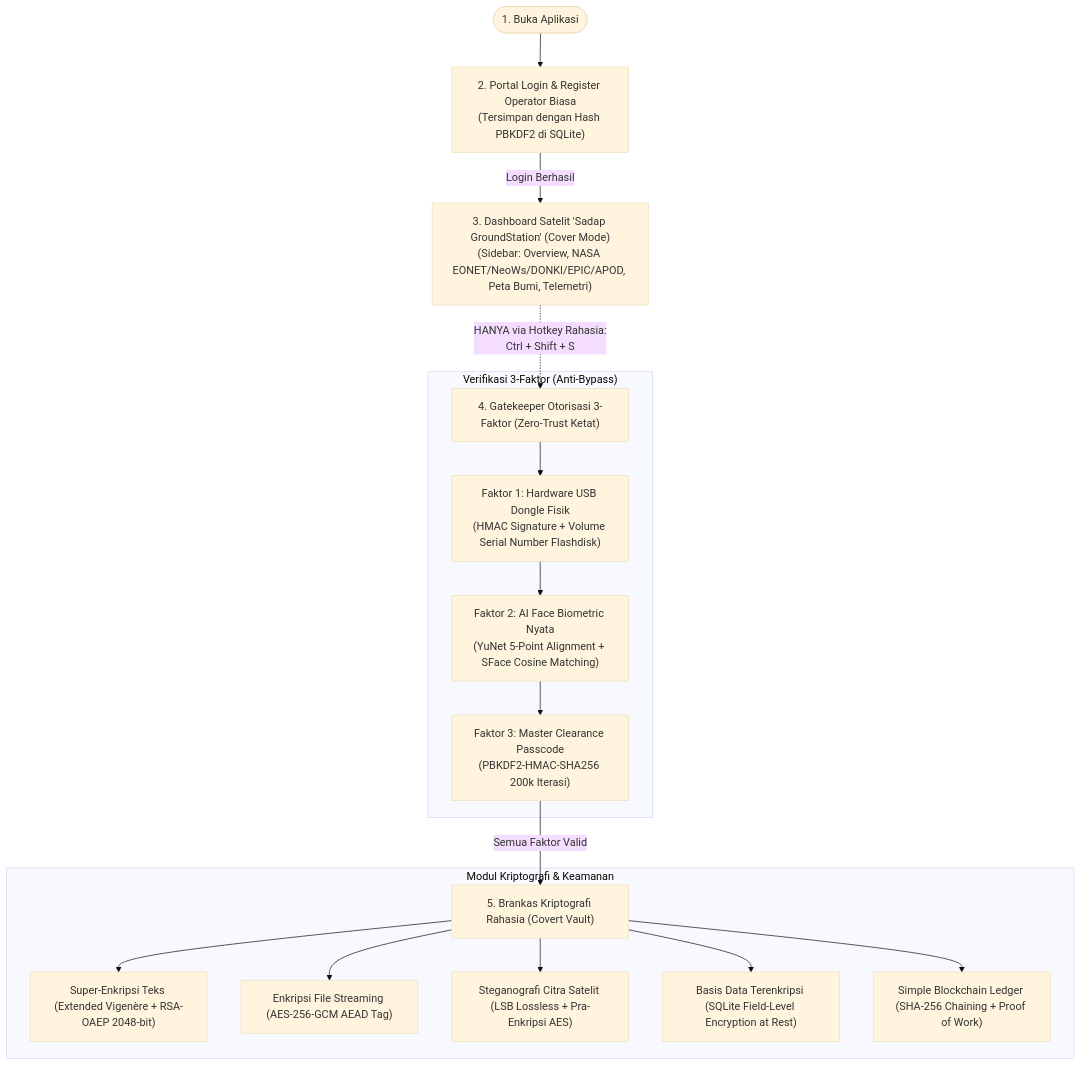
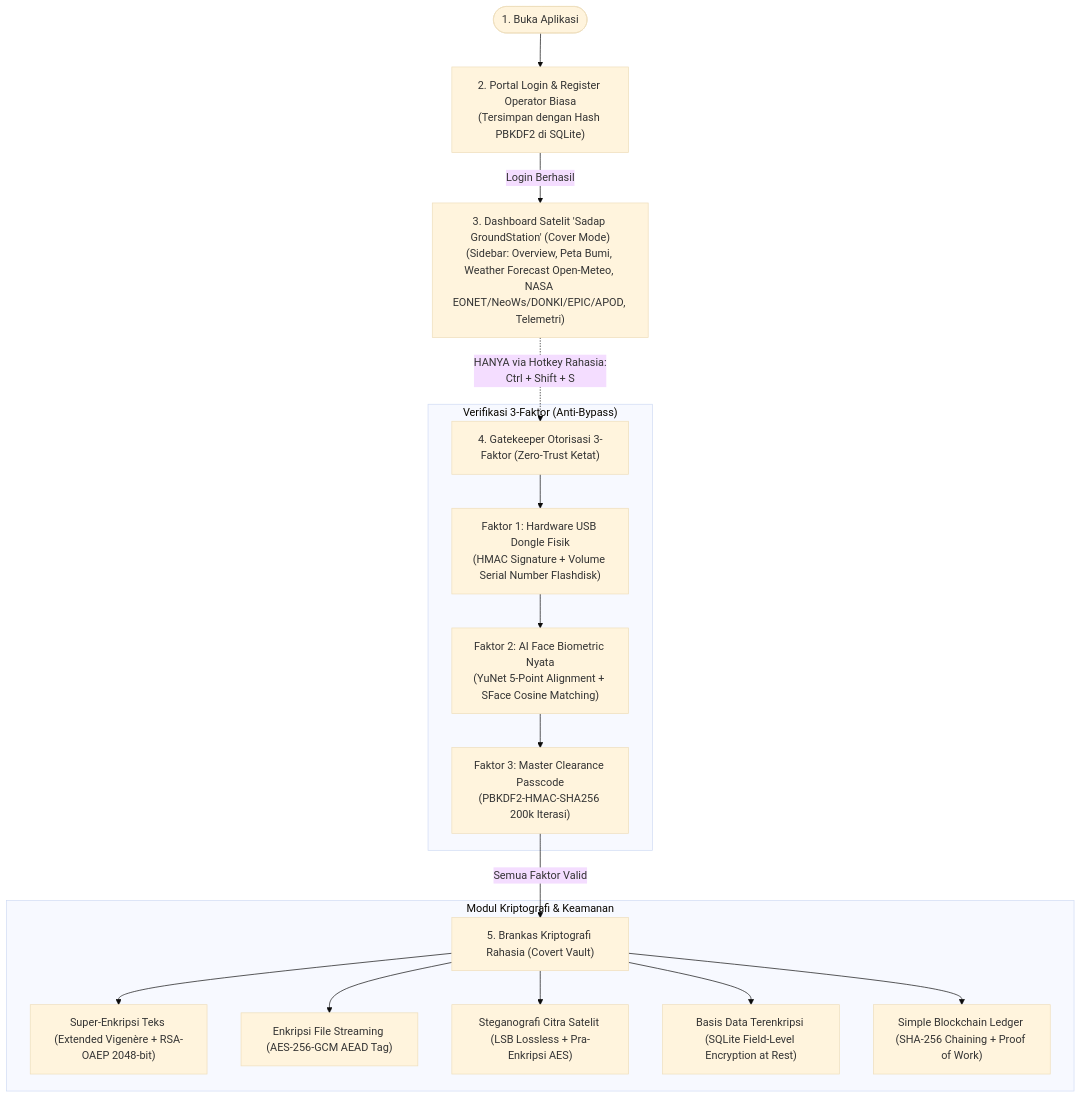
The diagram in README.md (ReinnentRZ/Sadap_Crypto_App), drawn with Mermaid (base theme) before and after one commit. The commit also changed other lines of this file and 13 other files, not shown here.

````diff
--- a/README.md
+++ b/README.md
@@ -15,23 +15,23 @@
 ```mermaid
 flowchart TD
     Start([1. Buka Aplikasi]) --> Portal["2. Portal Login & Register Operator Biasa\n(Tersimpan dengan Hash PBKDF2 di SQLite)"]
-    Portal -->|Login Berhasil| Cover["3. Dashboard Satelit 'Sadap GroundStation' (Cover Mode)\n(Sidebar: Overview, NASA EONET/NeoWs/DONKI/EPIC/APOD, Peta Bumi, Telemetri)"]
+    Portal -->|Login Berhasil| Cover["3. Dashboard Satelit 'Sadap GroundStation' (Cover Mode)\n(Sidebar: Overview, Peta Bumi, Weather Forecast Open-Meteo, NASA EONET/NeoWs/DONKI/EPIC/APOD, Telemetri)"]
     
     Cover -.->|HANYA via Hotkey Rahasia:\nCtrl + Shift + S| Gatekeeper["4. Gatekeeper Otorisasi 3-Faktor (Zero-Trust Ketat)"]
     
     subgraph ZeroTrustGate ["Verifikasi 3-Faktor (Anti-Bypass)"]
         Gatekeeper --> F1["Faktor 1: Hardware USB Dongle Fisik\n(HMAC Signature + Volume Serial Number Flashdisk)"]
         F1 --> F2["Faktor 2: AI Face Biometric Nyata\n(YuNet 5-Point Alignment + SFace Cosine Matching)"]
         F2 --> F3["Faktor 3: Master Clearance Passcode\n(PBKDF2-HMAC-SHA256 200k Iterasi)"]
     end
     
     F3 -->|Semua Faktor Valid| SecretVault["5. Brankas Kriptografi Rahasia (Covert Vault)"]
     
     subgraph CryptoSuite ["Modul Kriptografi & Keamanan"]
         SecretVault --> M1["Super-Enkripsi Teks (Extended Vigenère + RSA-OAEP 2048-bit)"]
         SecretVault --> M2["Enkripsi File Streaming (AES-256-GCM AEAD Tag)"]
         SecretVault --> M3["Steganografi Citra Satelit (LSB Lossless + Pra-Enkripsi AES)"]
         SecretVault --> M4["Basis Data Terenkripsi (SQLite Field-Level Encryption at Rest)"]
         SecretVault --> M5["Simple Blockchain Ledger (SHA-256 Chaining + Proof of Work)"]
     end
 ```
````
